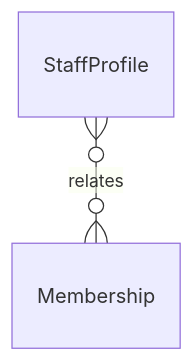
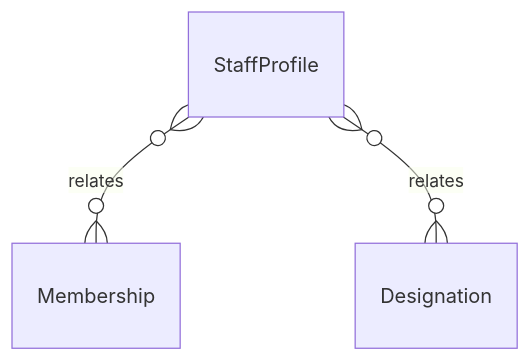
Before and after one commit to tejasnirala/rcln: the diagram in .kb/Database/StaffProfile.md, drawn with Mermaid. The commit also changed other lines of this file and 196 other files, not shown here.

````diff
--- a/.kb/Database/StaffProfile.md
+++ b/.kb/Database/StaffProfile.md
@@ -35,4 +40,5 @@
 ```mermaid
 erDiagram
     StaffProfile }o--o{ Membership : relates
+    StaffProfile }o--o{ Designation : relates
 ```
````
